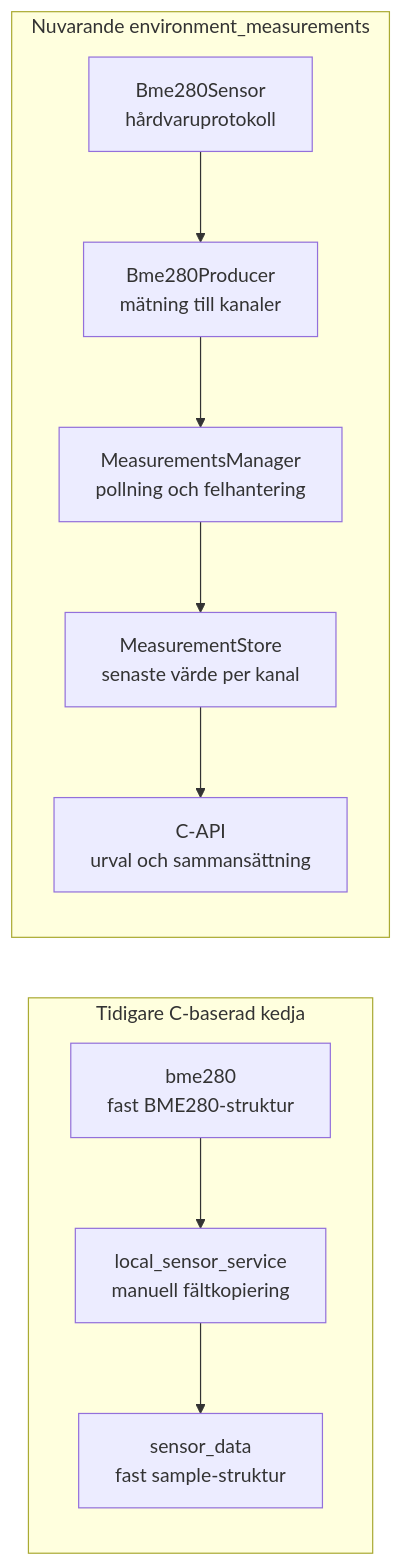
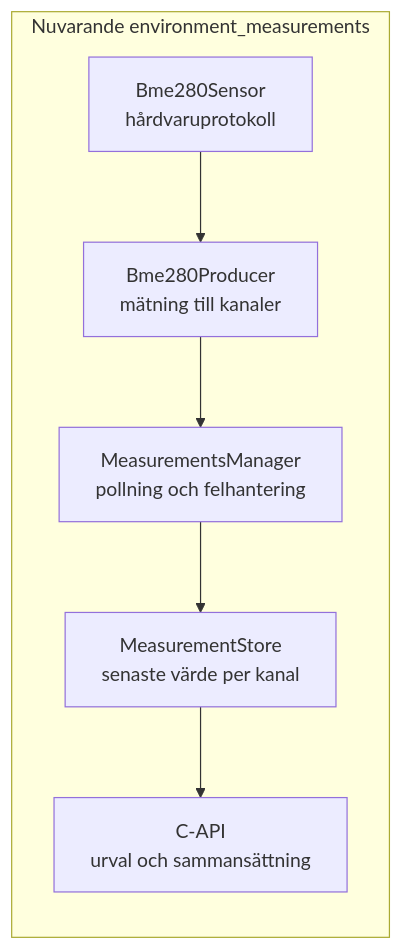
One commit to Under-Bordet-AB/redmole changed the tenth of 16 diagrams in docs/JJ_reflections.md. Above: the diagram before and after it, drawn with Mermaid. The commit also changed other lines of this file, not shown here.

````diff
--- a/docs/JJ_reflections.md
+++ b/docs/JJ_reflections.md
@@ -500,18 +507,12 @@
 ```mermaid
 flowchart LR
-    subgraph Old["Tidigare C-baserad kedja"]
-        OBME["bme280<br/>fast BME280-struktur"]
-        SERVICE["local_sensor_service<br/>manuell fältkopiering"]
-        DATA["sensor_data<br/>fast sample-struktur"]
-        OBME --> SERVICE --> DATA
-    end
 
     subgraph Current["Nuvarande environment_measurements"]
         SENSOR["Bme280Sensor<br/>hårdvaruprotokoll"]
         PRODUCER["Bme280Producer<br/>mätning till kanaler"]
         MANAGER["MeasurementsManager<br/>pollning och felhantering"]
         STORE["MeasurementStore<br/>senaste värde per kanal"]
         CAPI["C-API<br/>urval och sammansättning"]
         SENSOR --> PRODUCER --> MANAGER --> STORE --> CAPI
     end
 ```
````
